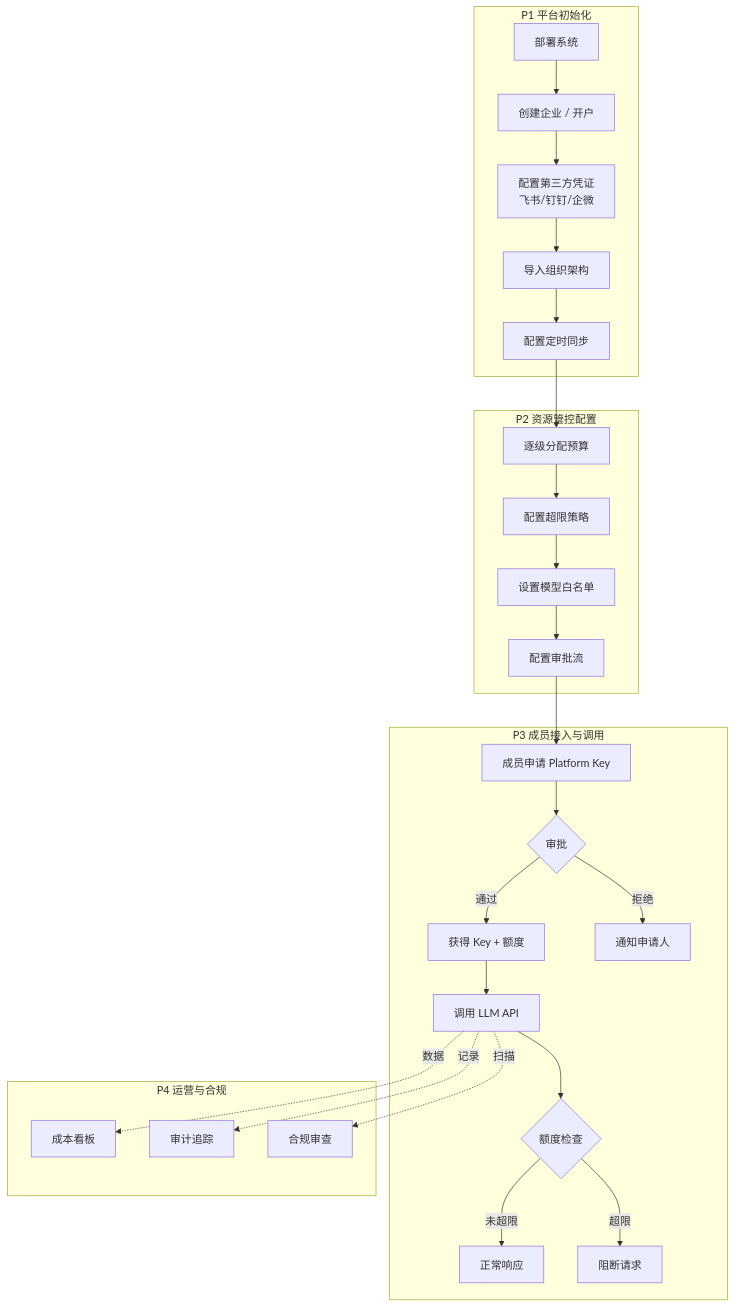
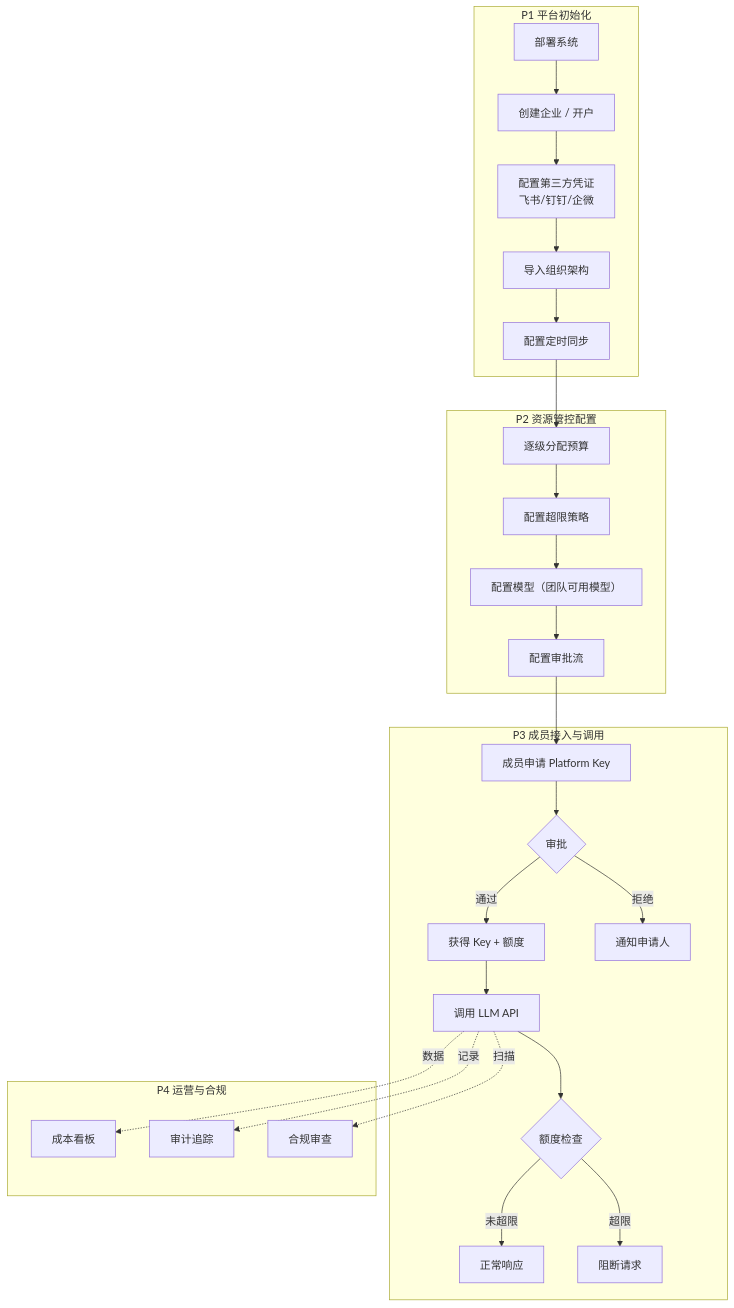
The third of 15 diagrams in docs/PRD.md (quyip8818/mytokenjoy), drawn with Mermaid before and after one commit. The commit also changed other lines of this file, not shown here.

````diff
--- a/docs/PRD.md
+++ b/docs/PRD.md
@@ -75,37 +75,37 @@
 ```mermaid
 flowchart TD
     subgraph P1[" P1 平台初始化 "]
         A1[部署系统] --> A2[创建企业 / 开户]
         A2 --> A3[配置第三方凭证<br/>飞书/钉钉/企微]
         A3 --> A4[导入组织架构]
         A4 --> A5[配置定时同步]
     end
 
     subgraph P2[" P2 资源管控配置 "]
         B1[逐级分配预算] --> B2[配置超限策略]
-        B2 --> B3[设置模型白名单]
+        B2 --> B3[配置模型（团队可用模型）]
         B3 --> B4[配置审批流]
     end
 
     subgraph P3[" P3 成员接入与调用 "]
         C1[成员申请 Platform Key] --> C2{审批}
         C2 -->|通过| C3[获得 Key + 额度]
         C2 -->|拒绝| C4[通知申请人]
         C3 --> C5[调用 LLM API]
         C5 --> C6{额度检查}
         C6 -->|未超限| C7[正常响应]
         C6 -->|超限| C8[阻断请求]
     end
 
     subgraph P4[" P4 运营与合规 "]
         D1[成本看板]
         D2[审计追踪]
         D3[合规审查]
     end
 
     A5 --> B1
     B4 --> C1
     C5 -.->|数据| D1
     C5 -.->|记录| D2
     C5 -.->|扫描| D3
 ```
````
